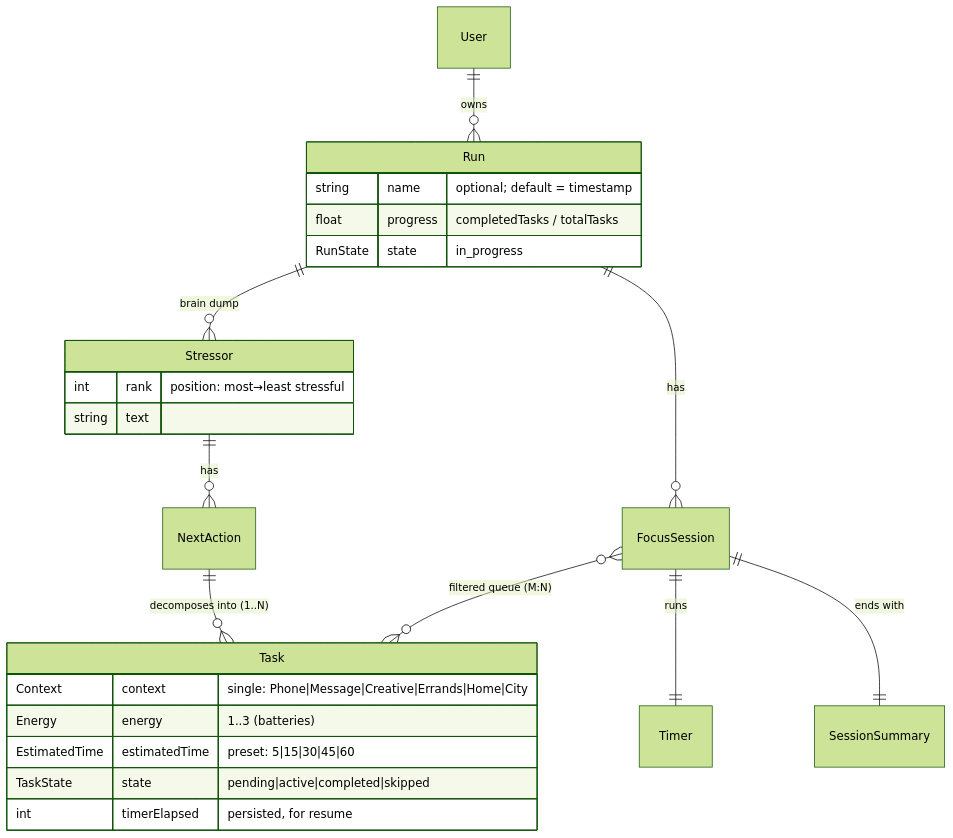
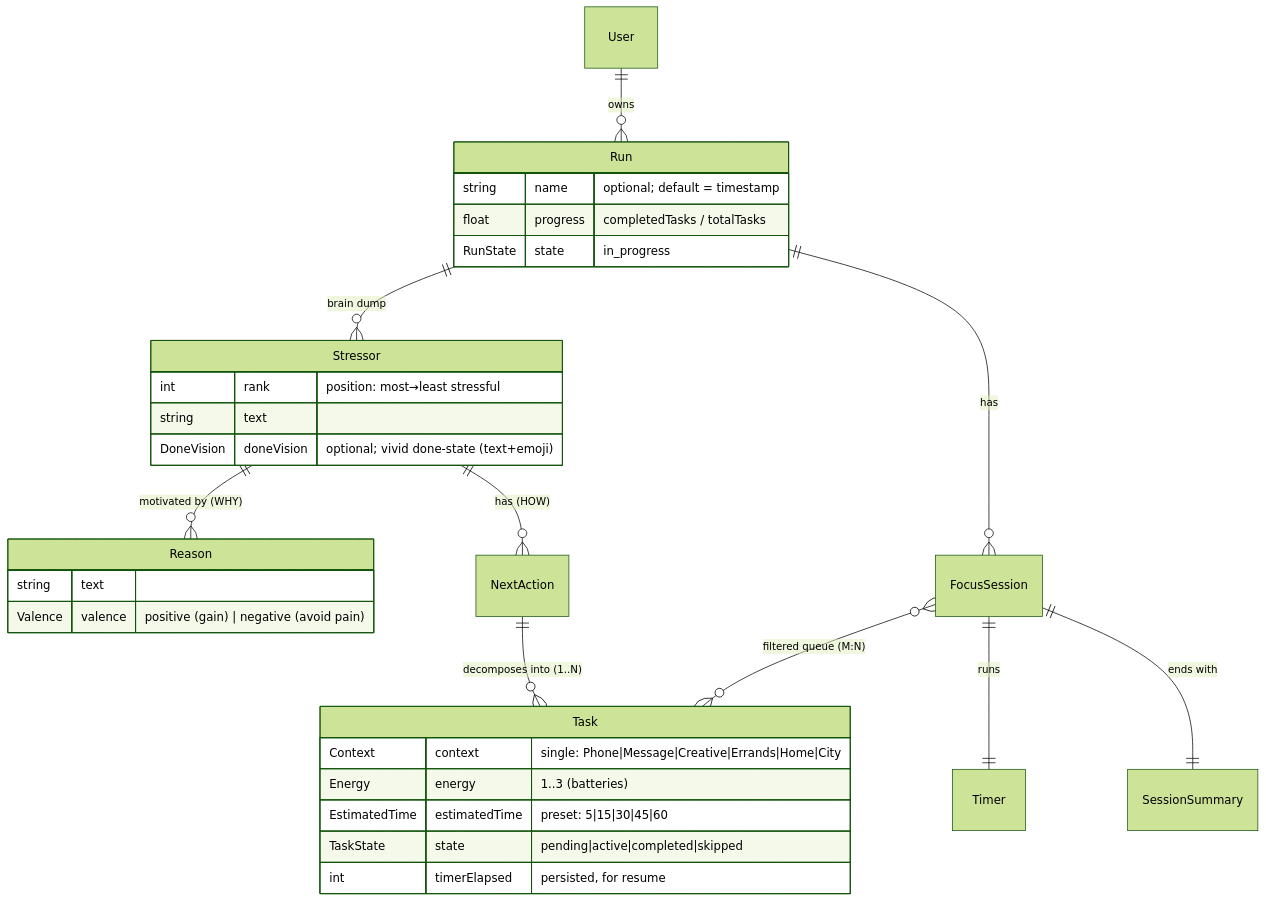
One commit to marekbrze/autowork changed the diagram in docs/ENTITY_MAP.md. Above: the diagram before and after it, drawn with Mermaid (forest theme). The commit also changed other lines of this file and 65 other files, not shown here.

````diff
--- a/docs/ENTITY_MAP.md
+++ b/docs/ENTITY_MAP.md
@@ -8,28 +8,34 @@
 ```mermaid
 erDiagram
     User ||--o{ Run : "owns"
     Run ||--o{ Stressor : "brain dump"
-    Stressor ||--o{ NextAction : "has"
+    Stressor ||--o{ Reason : "motivated by (WHY)"
+    Stressor ||--o{ NextAction : "has (HOW)"
     NextAction ||--o{ Task : "decomposes into (1..N)"
     Run ||--o{ FocusSession : "has"
     FocusSession }o--o{ Task : "filtered queue (M:N)"
     FocusSession ||--|| Timer : "runs"
     FocusSession ||--|| SessionSummary : "ends with"
 
     Task {
         Context context "single: Phone|Message|Creative|Errands|Home|City"
         Energy energy "1..3 (batteries)"
         EstimatedTime estimatedTime "preset: 5|15|30|45|60"
         TaskState state "pending|active|completed|skipped"
         int timerElapsed "persisted, for resume"
     }
     Stressor {
         int rank "position: most→least stressful"
         string text
+        DoneVision doneVision "optional; vivid done-state (text+emoji)"
+    }
+    Reason {
+        string text
+        Valence valence "positive (gain) | negative (avoid pain)"
     }
     Run {
         string name "optional; default = timestamp"
         float progress "completedTasks / totalTasks"
         RunState state "in_progress"
     }
 ```
````
